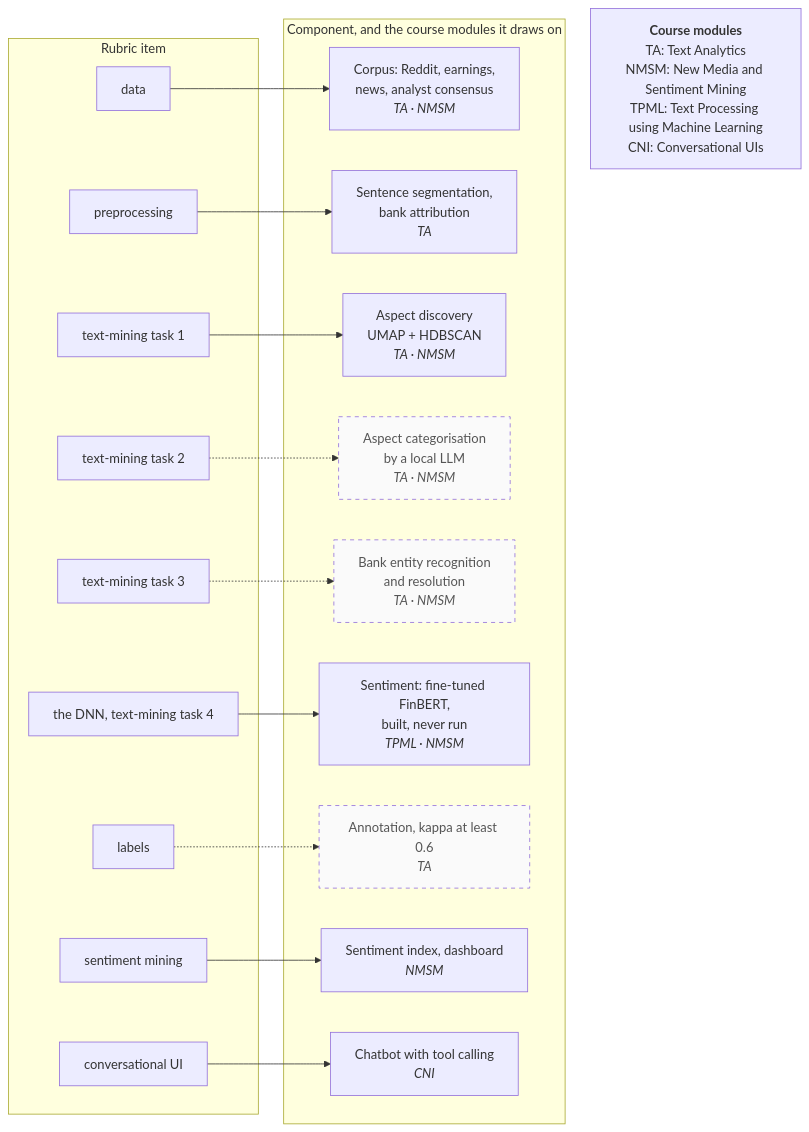
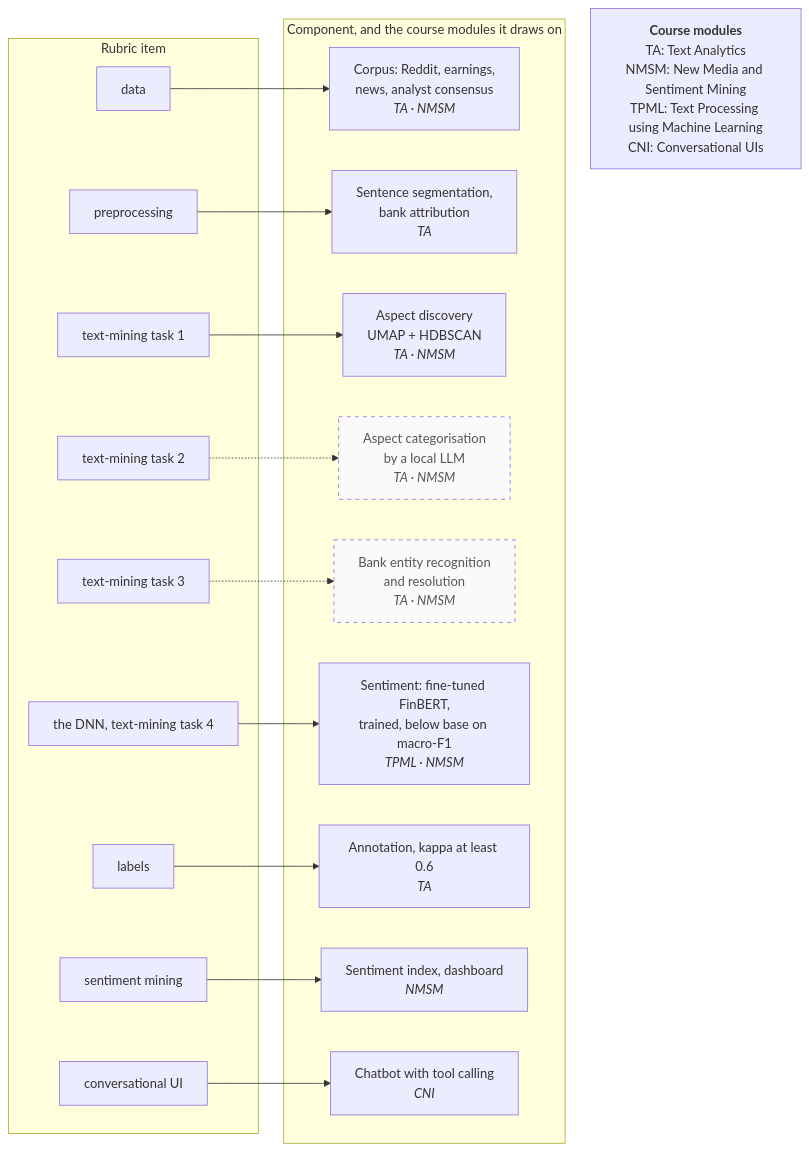
One commit to Gavingyh/plp-project changed the diagram in docs/diagrams/src/17-rubric-map.mmd. Above: the diagram before and after it, drawn with Mermaid. The commit also changed 48 other files, not shown here.

First line of the commit message:
Document the 10-aspect taxonomy, the labelling round and fine-tuning

```diff
--- a/docs/diagrams/src/17-rubric-map.mmd
+++ b/docs/diagrams/src/17-rubric-map.mmd
@@ -1,43 +1,43 @@
 flowchart LR
   accTitle: Rubric items, components and course modules
-  accDescr: Nine rubric items each map to one component. Components draw on Text Analytics, New Media and Sentiment Mining, Text Processing using Machine Learning, and Conversational UIs. Bank entity recognition, LLM aspect categorisation and annotation are planned; the fine-tuned sentiment model is built but has never run.
+  accDescr: Nine rubric items each map to one component. Components draw on Text Analytics, New Media and Sentiment Mining, Text Processing using Machine Learning, and Conversational UIs. Bank entity recognition and LLM aspect categorisation are planned; annotation is done and the fine-tuned sentiment model is trained.
 
   subgraph R["Rubric item"]
     r1["data"]
     r2["preprocessing"]
     r3["text-mining task 1"]
     r4["text-mining task 2"]
     r5["text-mining task 3"]
     r6["the DNN, text-mining task 4"]
     r7["labels"]
     r8["sentiment mining"]
     r9["conversational UI"]
   end
 
   subgraph C["Component, and the course modules it draws on"]
     c1["Corpus: Reddit, earnings,<br/>news, analyst consensus<br/><i>TA · NMSM</i>"]
     c2["Sentence segmentation,<br/>bank attribution<br/><i>TA</i>"]
     c3["Aspect discovery<br/>UMAP + HDBSCAN<br/><i>TA · NMSM</i>"]
     c4["Aspect categorisation<br/>by a local LLM<br/><i>TA · NMSM</i>"]
     c5["Bank entity recognition<br/>and resolution<br/><i>TA · NMSM</i>"]
-    c6["Sentiment: fine-tuned FinBERT,<br/>built, never run<br/><i>TPML · NMSM</i>"]
+    c6["Sentiment: fine-tuned FinBERT,<br/>trained, below base on macro-F1<br/><i>TPML · NMSM</i>"]
     c7["Annotation, kappa at least 0.6<br/><i>TA</i>"]
     c8["Sentiment index, dashboard<br/><i>NMSM</i>"]
     c9["Chatbot with tool calling<br/><i>CNI</i>"]
   end
 
   key["<b>Course modules</b><br/>TA: Text Analytics<br/>NMSM: New Media and Sentiment Mining<br/>TPML: Text Processing using Machine Learning<br/>CNI: Conversational UIs"]
 
   r1 --> c1
   r2 --> c2
   r3 --> c3
   r4 -.-> c4
   r5 -.-> c5
   r6 --> c6
-  r7 -.-> c7
+  r7 --> c7
   r8 --> c8
   r9 --> c9
   C ~~~ key
 
   classDef planned stroke-dasharray: 5 5,color:#555,fill:#fafafa;
-  class c4,c5,c7 planned;
+  class c4,c5 planned;
```
